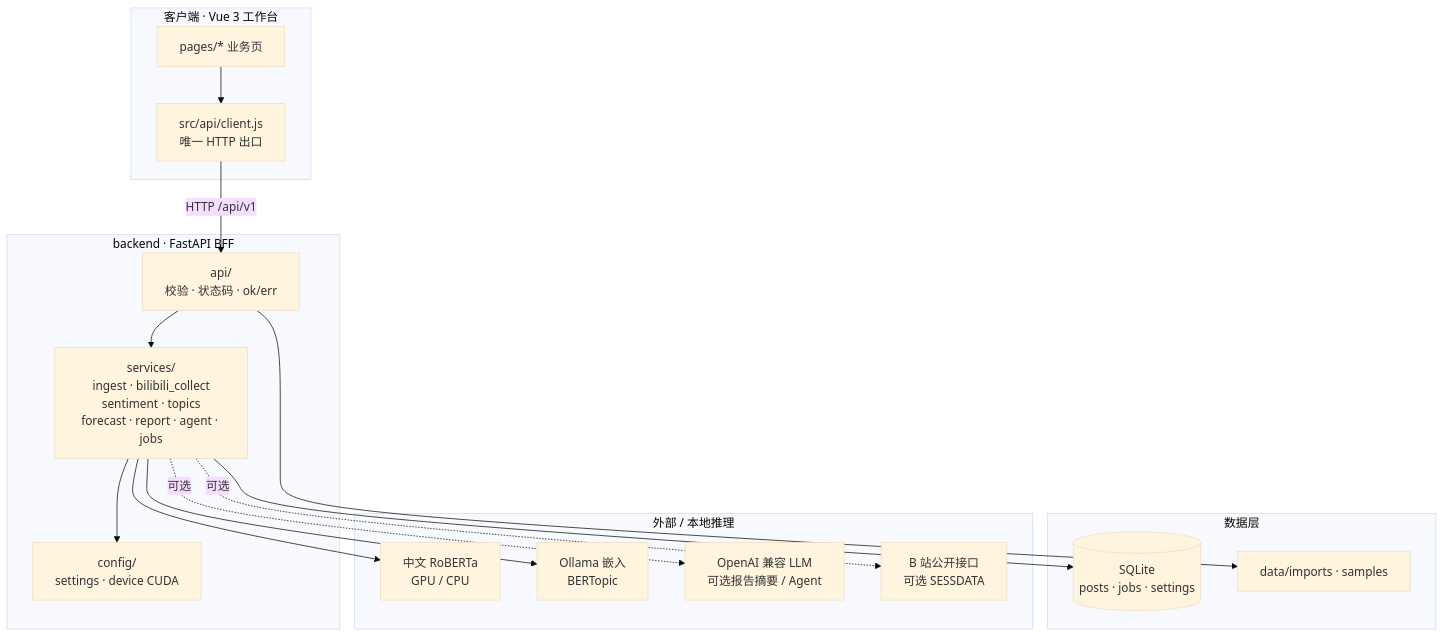
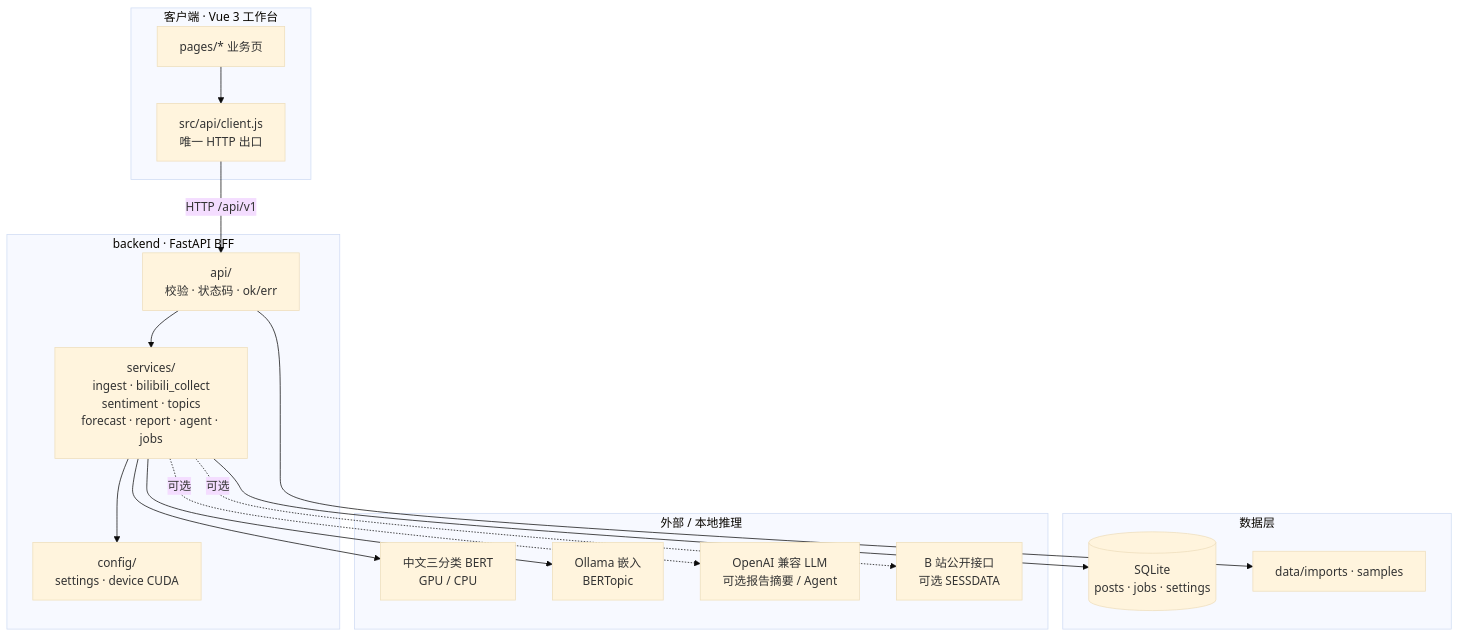
One commit to LinJJ12/yuqing changed the ninth of 13 diagrams in docs/diagrams.md. Above: the diagram before and after it, drawn with Mermaid (base theme). The commit also changed other lines of this file and 27 other files, not shown here.

````diff
--- a/docs/diagrams.md
+++ b/docs/diagrams.md
@@ -207,36 +217,36 @@
 ```mermaid
 flowchart TB
     subgraph Client["客户端 · Vue 3 工作台"]
         Pages[pages/* 业务页]
         ApiFE[src/api/client.js<br/>唯一 HTTP 出口]
         Pages --> ApiFE
     end
 
     subgraph BFF["backend · FastAPI BFF"]
         API[api/<br/>校验 · 状态码 · ok/err]
         SVC[services/<br/>ingest · bilibili_collect<br/>sentiment · topics<br/>forecast · report · agent · jobs]
         CFG[config/<br/>settings · device CUDA]
         API --> SVC
         SVC --> CFG
     end
 
     subgraph Data["数据层"]
         DB[(SQLite<br/>posts · jobs · settings)]
         FS[data/imports · samples]
     end
 
     subgraph Ext["外部 / 本地推理"]
-        BERT[中文 RoBERTa<br/>GPU / CPU]
+        BERT[中文三分类 BERT<br/>GPU / CPU]
         OLL[Ollama 嵌入<br/>BERTopic]
         DS[OpenAI 兼容 LLM<br/>可选报告摘要 / Agent]
         BILI[B 站公开接口<br/>可选 SESSDATA]
     end
 
     ApiFE -->|HTTP /api/v1| API
     SVC --> DB
     API --> FS
     SVC --> BERT
     SVC --> OLL
     SVC -.->|可选| DS
     SVC -.->|可选| BILI
 ```
````
